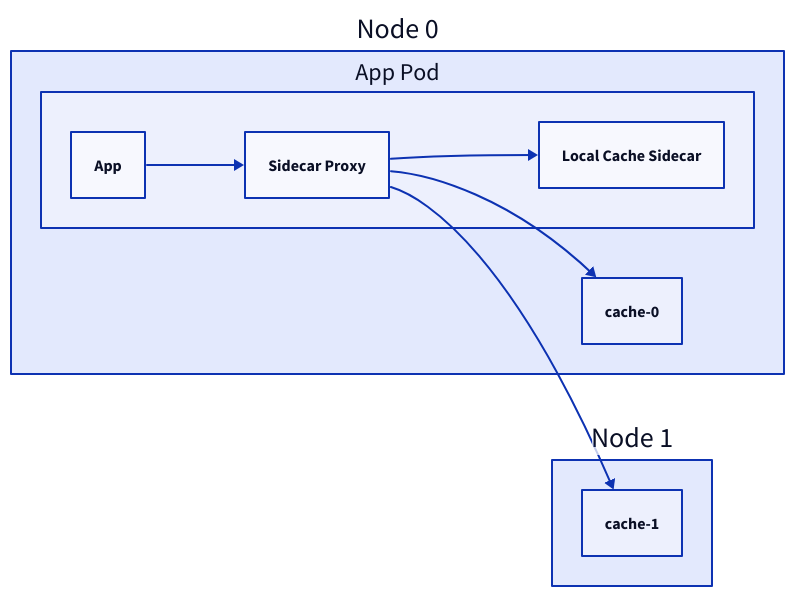
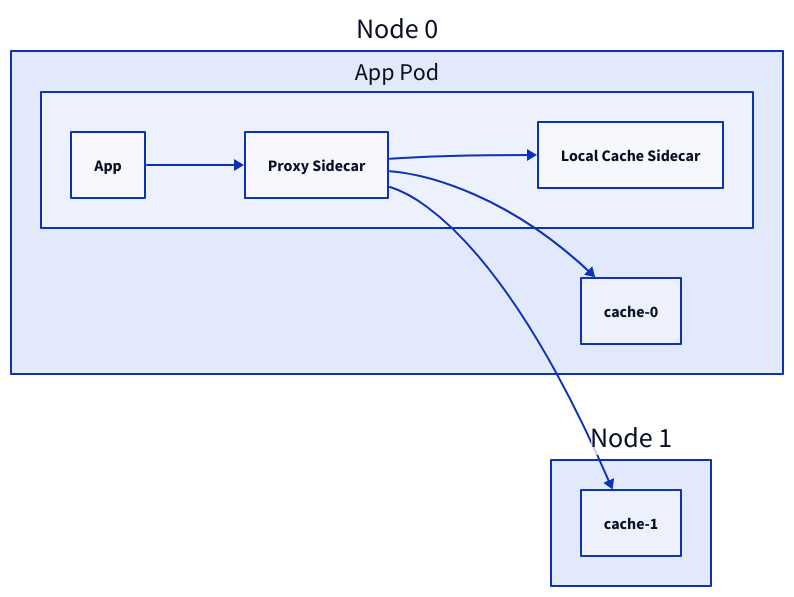
One commit to jack-luke/distributed-memcached changed the diagram in images/proxy-sidecar-cluster-failover.d2. Above: the diagram before and after it, drawn with D2. The commit also changed 3 other files, not shown here.

Commit message:
sidecar proxy to proxy sidecar

```diff
--- a/images/proxy-sidecar-cluster-failover.d2
+++ b/images/proxy-sidecar-cluster-failover.d2
@@ -1,11 +1,11 @@
 direction: right
 
 Node 0 {
-    App Pod.Sidecar Proxy -> cache-0
+    App Pod.Proxy Sidecar -> cache-0
     App Pod {
-        App -> Sidecar Proxy
-        Sidecar Proxy -> Local Cache Sidecar
+        App -> Proxy Sidecar
+        Proxy Sidecar -> Local Cache Sidecar
     }
 }
 
-Node 0.App Pod.Sidecar Proxy -> Node 1.cache-1
+Node 0.App Pod.Proxy Sidecar -> Node 1.cache-1
```
